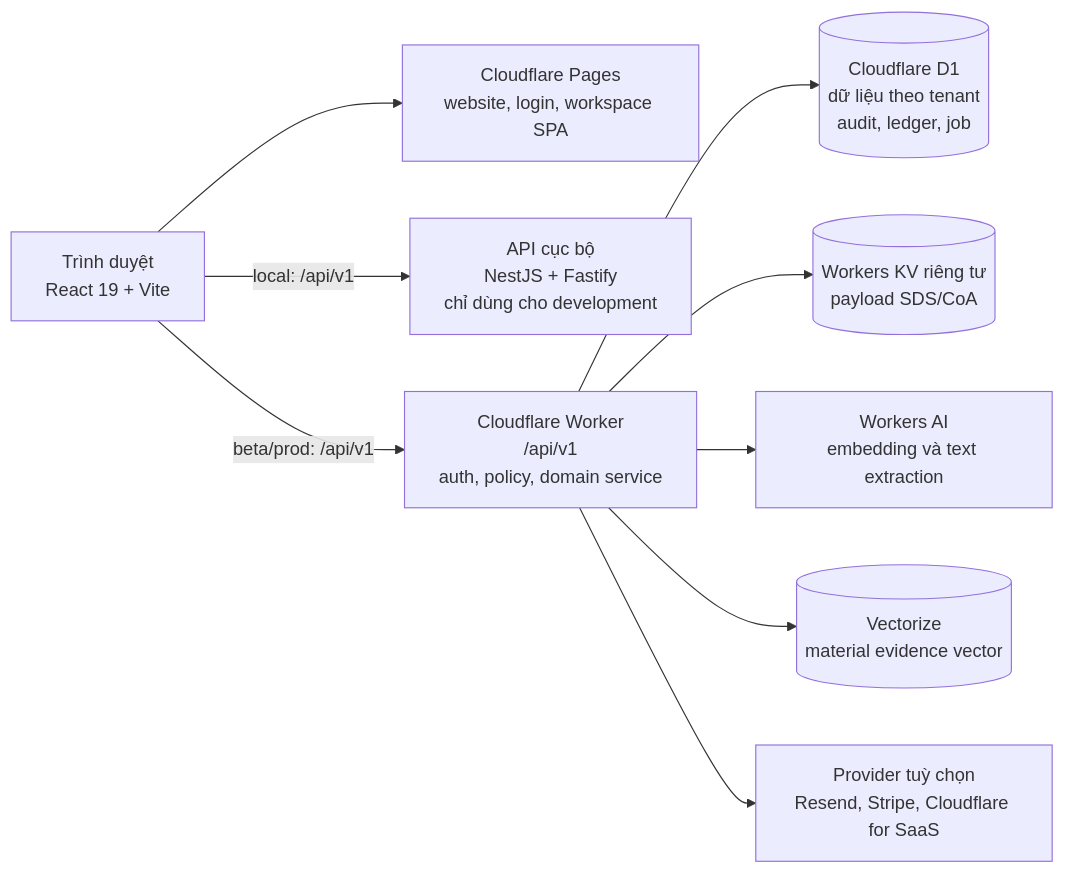
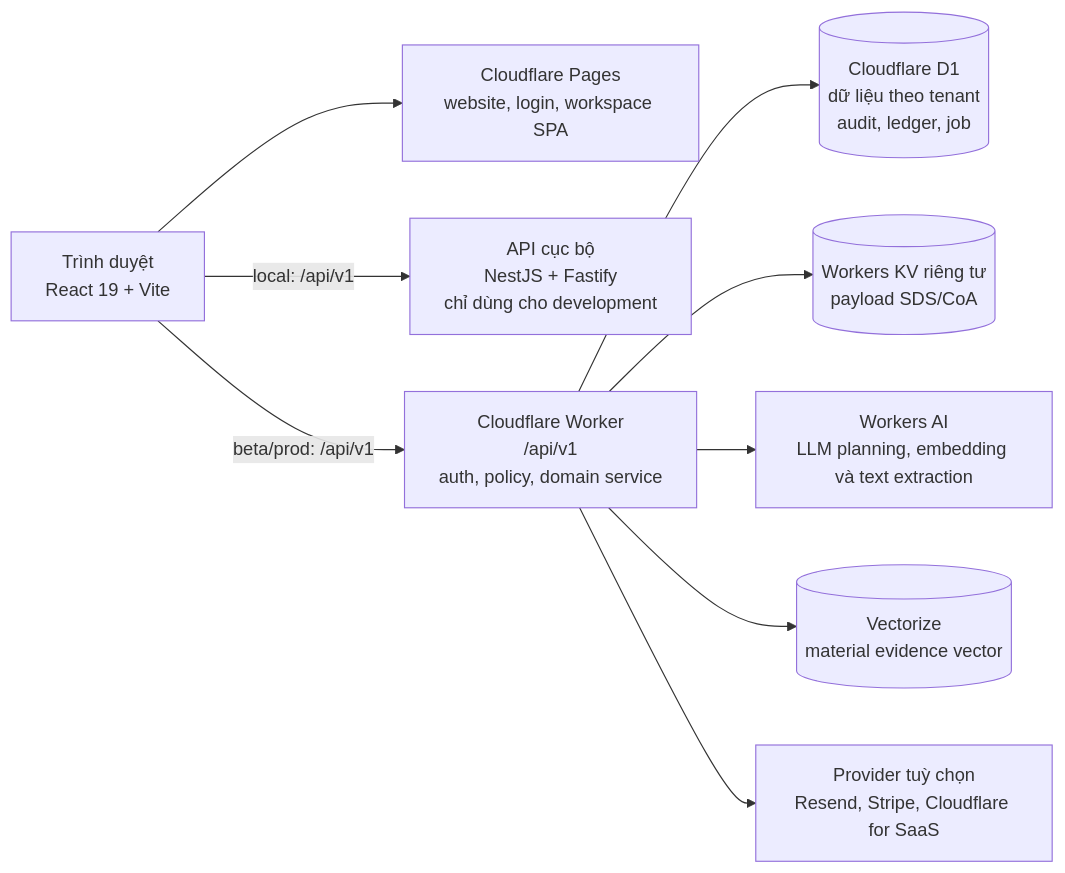
The first of 5 diagrams in README.md (MutAquaticStudio/OlfactoryOps), drawn with Mermaid before and after one commit. The commit also changed other lines of this file and 18 other files, not shown here.

```diff
--- a/README.md
+++ b/README.md
@@ -208,21 +208,21 @@
 ~~~mermaid
 flowchart LR
   Browser["Trình duyệt<br/>React 19 + Vite"]
   Pages["Cloudflare Pages<br/>website, login, workspace SPA"]
   LocalApi["API cục bộ<br/>NestJS + Fastify<br/>chỉ dùng cho development"]
   Worker["Cloudflare Worker<br/>/api/v1<br/>auth, policy, domain service"]
   D1[("Cloudflare D1<br/>dữ liệu theo tenant<br/>audit, ledger, job")]
   KV[("Workers KV riêng tư<br/>payload SDS/CoA")]
-  AI["Workers AI<br/>embedding và text extraction"]
+  AI["Workers AI<br/>LLM planning, embedding và text extraction"]
   Vectorize[("Vectorize<br/>material evidence vector")]
   Providers["Provider tuỳ chọn<br/>Resend, Stripe, Cloudflare for SaaS"]
 
   Browser --> Pages
   Browser -->|"local: /api/v1"| LocalApi
   Browser -->|"beta/prod: /api/v1"| Worker
   Worker --> D1
   Worker --> KV
   Worker --> AI
   Worker --> Vectorize
   Worker --> Providers
 ~~~
```
